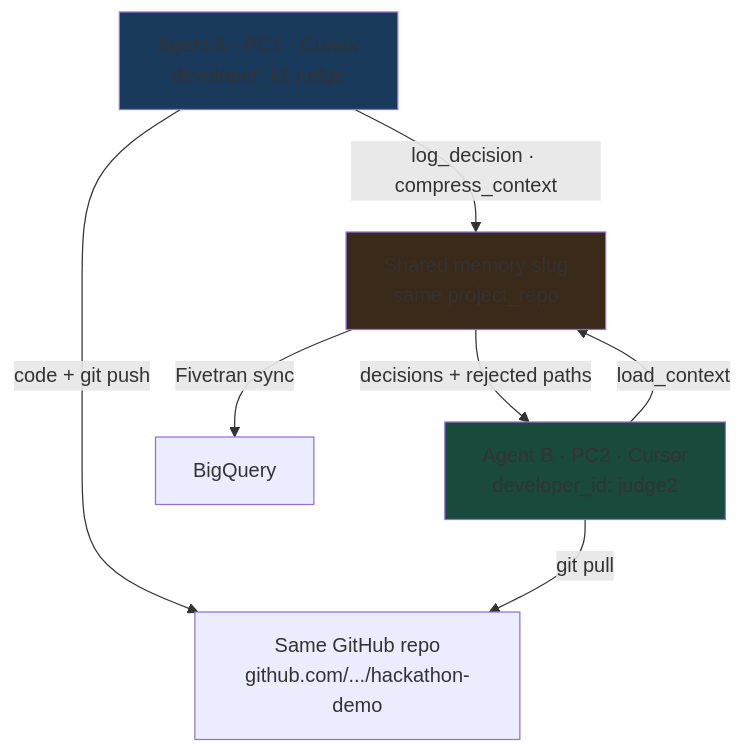
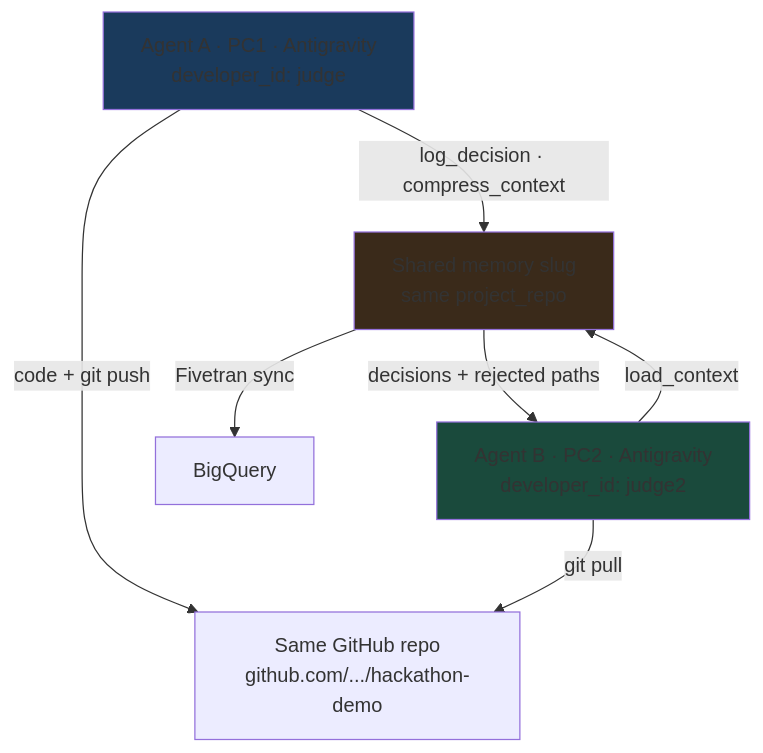
One commit to Maanyaya/google-hackathon changed the fifth of 6 diagrams in docs/ARCHITECTURE_CONNECTIONS.md. Above: the diagram before and after it, drawn with Mermaid. The commit also changed other lines of this file and 78 other files, not shown here.

Commit message:
feat: Fivetran Hub dashboard, Section 7B Antigravity-only compliance, remove Cursor artifacts

````diff
--- a/docs/ARCHITECTURE_CONNECTIONS.md
+++ b/docs/ARCHITECTURE_CONNECTIONS.md
@@ -187,18 +187,18 @@
 ```mermaid
 flowchart TB
-    A["Agent A · PC1 · Cursor\ndeveloper_id: judge"]
-    B["Agent B · PC2 · Cursor\ndeveloper_id: judge2"]
+    A["Agent A · PC1 · Antigravity\ndeveloper_id: judge"]
+    B["Agent B · PC2 · Antigravity\ndeveloper_id: judge2"]
     REPO["Same GitHub repo\ngithub.com/.../hackathon-demo"]
     MEM["Shared memory slug\nsame project_repo"]
 
     A -->|"code + git push"| REPO
     A -->|"log_decision · compress_context"| MEM
     MEM -->|"Fivetran sync"| BQ["BigQuery"]
     B -->|"git pull"| REPO
     B -->|"load_context"| MEM
     MEM -->|"decisions + rejected paths"| B
 
     style A fill:#1a3a5c
     style B fill:#1a4a3c
     style MEM fill:#3a2a1a
 ```
````
